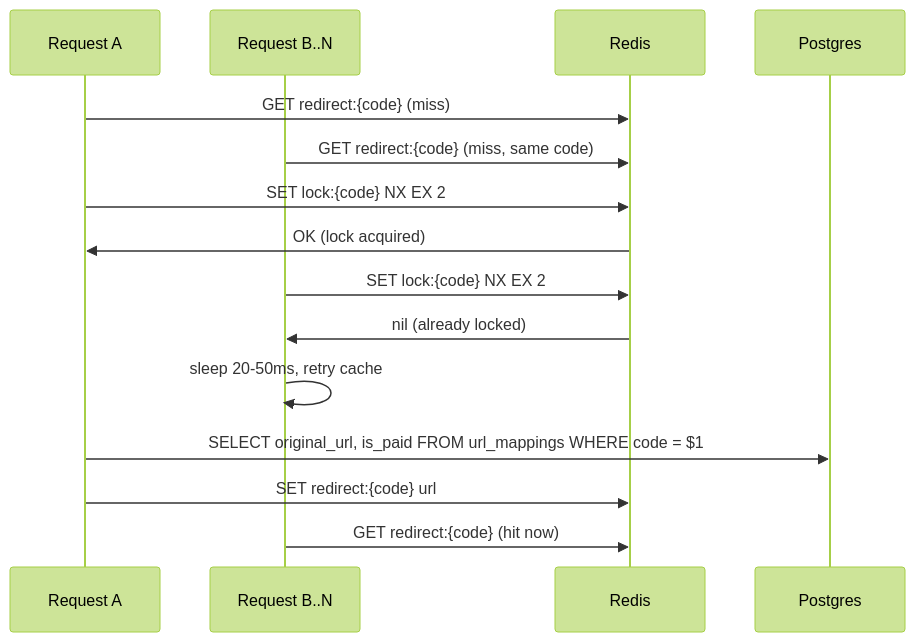
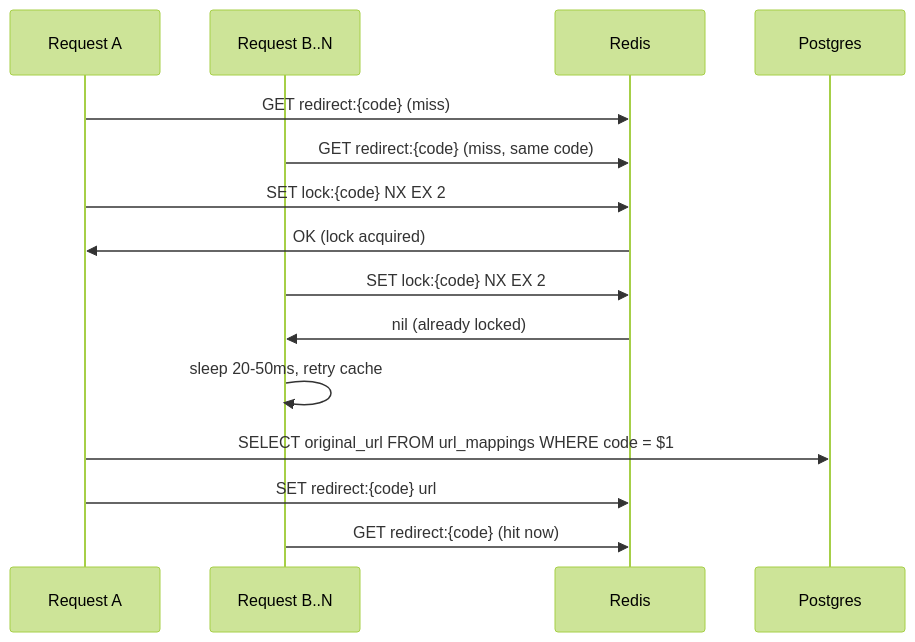
Before and after one commit to psquared-dev/java-questions: the fifth of 7 diagrams in system-design/new/01. tinyurl.md, drawn with Mermaid (forest theme). The commit also changed other lines of this file, not shown here.

````diff
--- a/system-design/new/01. tinyurl.md
+++ b/system-design/new/01. tinyurl.md
@@ -746,17 +717,17 @@
 ```mermaid
 sequenceDiagram
     participant R1 as Request A
     participant R2 as Request B..N
     participant R as Redis
     participant PG as Postgres
     R1 ->> R: GET redirect:{code} (miss)
     R2 ->> R: GET redirect:{code} (miss, same code)
     R1 ->> R: SET lock:{code} NX EX 2
     R ->> R1: OK (lock acquired)
     R2 ->> R: SET lock:{code} NX EX 2
     R ->> R2: nil (already locked)
     R2 ->> R2: sleep 20-50ms, retry cache
-    R1 ->> PG: SELECT original_url, is_paid FROM url_mappings WHERE code = $1
+    R1 ->> PG: SELECT original_url FROM url_mappings WHERE code = $1
     R1 ->> R: SET redirect:{code} url
     R2 ->> R: GET redirect:{code} (hit now)
 ```
````
